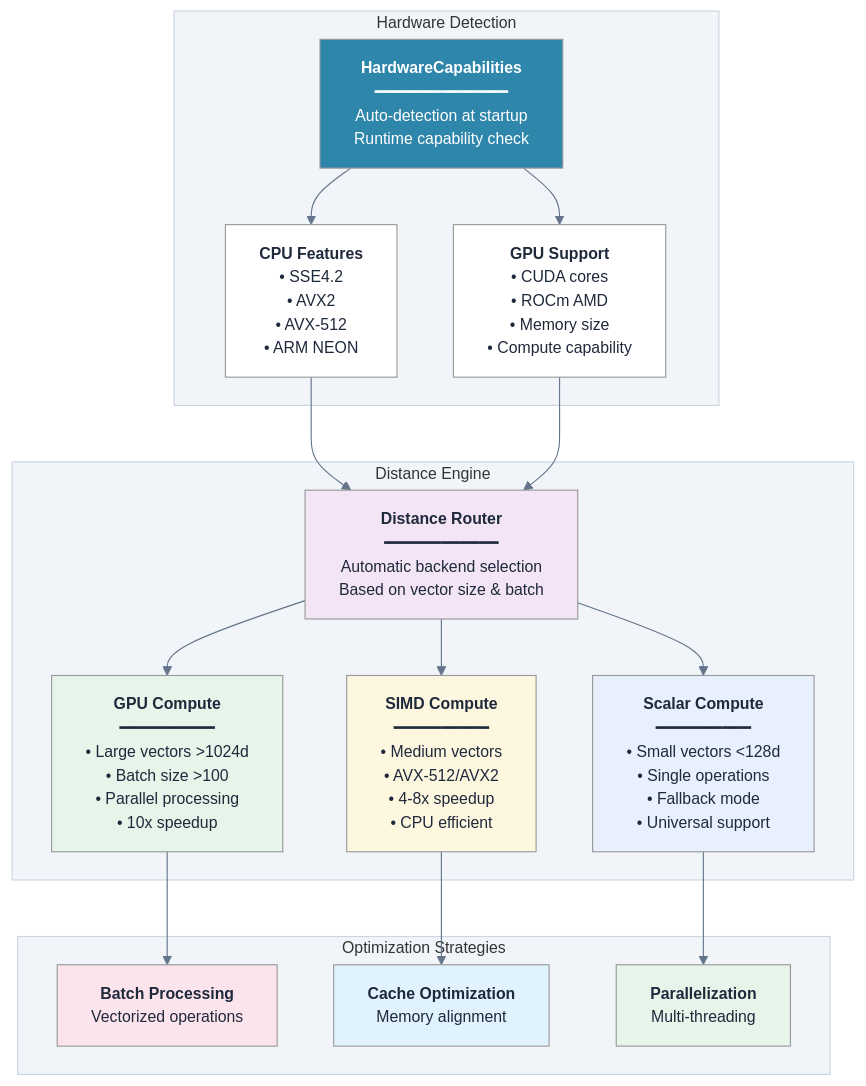
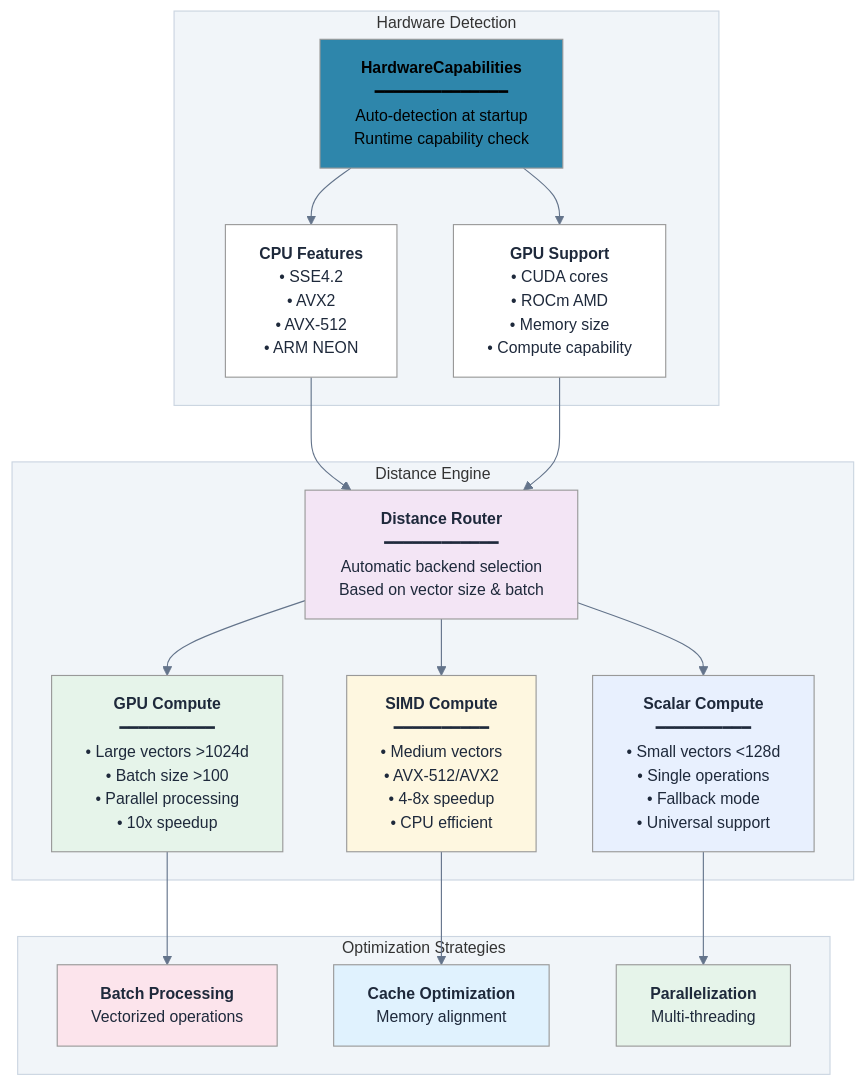
One commit to vjsingh1984/proximaDB changed the diagram in docs/diagrams/hardware-acceleration-abstract.mmd. Above: the diagram before and after it, drawn with Mermaid. The commit also changed 33 other files, not shown here.

First line of the commit message:
fix: resolve test compilation errors and improve diagram rendering

```diff
--- a/docs/diagrams/hardware-acceleration-abstract.mmd
+++ b/docs/diagrams/hardware-acceleration-abstract.mmd
@@ -1,48 +1,48 @@
 %%{init: {"theme":"neutral", "themeVariables": {"primaryColor":"#2563eb","primaryTextColor":"#ffffff","primaryBorderColor":"#1e40af","lineColor":"#64748b","secondaryColor":"#10b981","secondaryTextColor":"#ffffff","tertiaryColor":"#f59e0b","tertiaryTextColor":"#ffffff","background":"transparent","mainBkg":"#ffffff","secondBkg":"#f8fafc","textColor":"#1e293b","nodeTextColor":"#1e293b","fontFamily":"-apple-system, BlinkMacSystemFont, Segoe UI, Roboto, sans-serif","fontSize":"14px","clusterBkg":"#f1f5f9","clusterBorder":"#cbd5e1","edgeLabelBackground":"#ffffff"}}}%%
 graph TB
     subgraph "Hardware Detection"
         Detect[<b>HardwareCapabilities</b><br/>━━━━━━━━━━━━━━<br/>Auto-detection at startup<br/>Runtime capability check]
         
         CPU_Features[<b>CPU Features</b><br/>• SSE4.2<br/>• AVX2<br/>• AVX-512<br/>• ARM NEON]
         
         GPU_Support[<b>GPU Support</b><br/>• CUDA cores<br/>• ROCm AMD<br/>• Memory size<br/>• Compute capability]
     end
     
     subgraph "Distance Engine"
         Router[<b>Distance Router</b><br/>━━━━━━━━━━━━<br/>Automatic backend selection<br/>Based on vector size & batch]
         
         GPU_Compute[<b>GPU Compute</b><br/>━━━━━━━━━━<br/>• Large vectors >1024d<br/>• Batch size >100<br/>• Parallel processing<br/>• 10x speedup]
         
         SIMD_Compute[<b>SIMD Compute</b><br/>━━━━━━━━━━<br/>• Medium vectors<br/>• AVX-512/AVX2<br/>• 4-8x speedup<br/>• CPU efficient]
         
         Scalar_Compute[<b>Scalar Compute</b><br/>━━━━━━━━━━<br/>• Small vectors <128d<br/>• Single operations<br/>• Fallback mode<br/>• Universal support]
     end
     
     subgraph "Optimization Strategies"
         Batch[<b>Batch Processing</b><br/>Vectorized operations]
         Cache[<b>Cache Optimization</b><br/>Memory alignment]
         Parallel[<b>Parallelization</b><br/>Multi-threading]
     end
     
     Detect --> CPU_Features
     Detect --> GPU_Support
     
     CPU_Features --> Router
     GPU_Support --> Router
     
     Router --> GPU_Compute
     Router --> SIMD_Compute
     Router --> Scalar_Compute
     
     GPU_Compute --> Batch
     SIMD_Compute --> Cache
     Scalar_Compute --> Parallel
     
-    style Detect fill:#2E86AB,color:#fff
+    style Detect fill:#2E86AB,color:#000000
     style Router fill:#f3e5f5
     style GPU_Compute fill:#e6f4ea
     style SIMD_Compute fill:#fef7e0
     style Scalar_Compute fill:#e8f0fe
     style Batch fill:#fce4ec
     style Cache fill:#e0f2fe
     style Parallel fill:#e6f4ea
```
